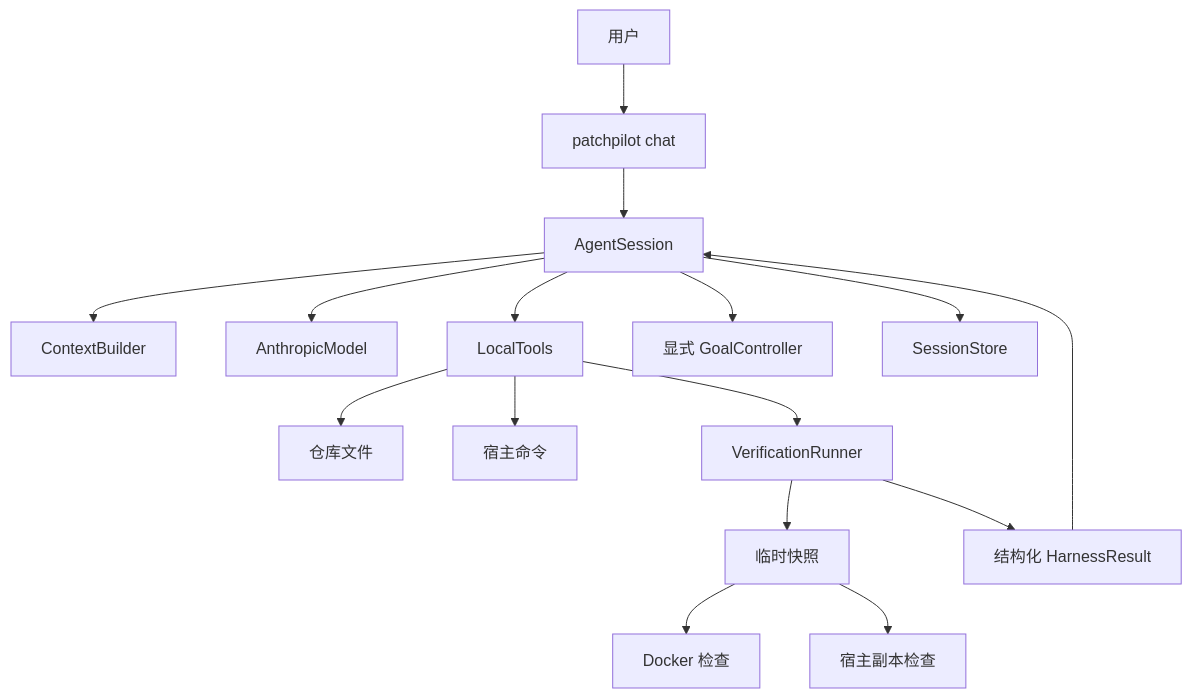
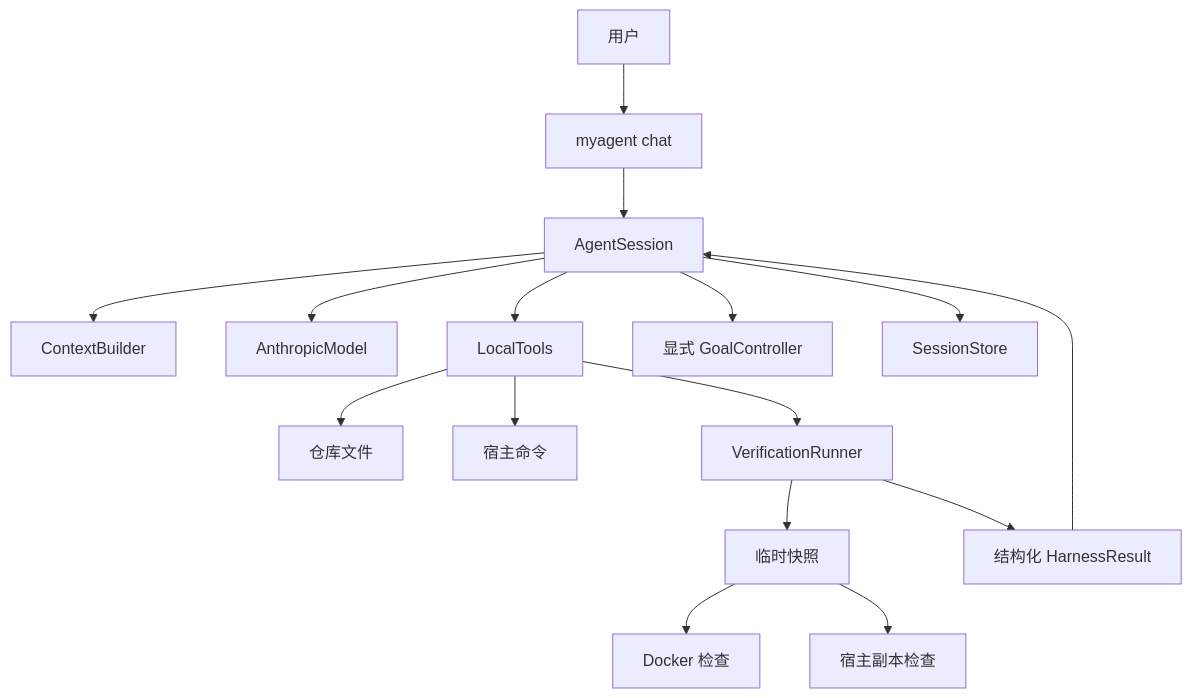
One commit to AspireByte/PatchPilot changed the diagram in docs/architecture.md. Above: the diagram before and after it, drawn with Mermaid. The commit also changed other lines of this file and 49 other files, not shown here.

````diff
--- a/docs/architecture.md
+++ b/docs/architecture.md
@@ -29,18 +37,18 @@
 ```mermaid
 flowchart TD
-    U[用户] --> CLI[patchpilot chat]
+    U[用户] --> CLI[myagent chat]
     CLI --> S[AgentSession]
     S --> C[ContextBuilder]
     S --> M[AnthropicModel]
     S --> T[LocalTools]
     T --> F[仓库文件]
     T --> P[宿主命令]
     T --> H[VerificationRunner]
     H --> X[临时快照]
     X --> D[Docker 检查]
     X --> L[宿主副本检查]
     H --> R[结构化 HarnessResult]
     R --> S
     S --> G[显式 GoalController]
     S --> W[SessionStore]
 ```
````
